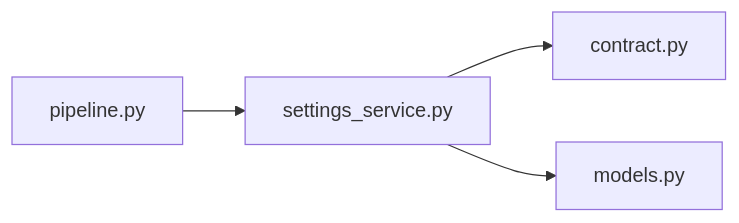
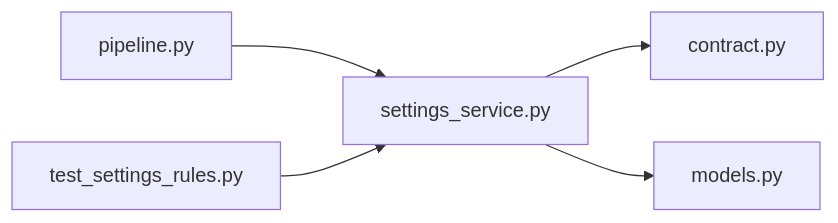
The diagram in .cluedoc/graph/backend/src/backend/services/settings/settings_service.md (minkong-dev/Banblit), drawn with Mermaid before and after one commit. The commit also changed other lines of this file and 33 other files, not shown here.

First line of the commit message:
backend: trim rationale from feature docstrings, fix stale comments and add service rule tests

````diff
--- a/.cluedoc/graph/backend/src/backend/services/settings/settings_service.md
+++ b/.cluedoc/graph/backend/src/backend/services/settings/settings_service.md
@@ -10,7 +10,8 @@
 ```mermaid
 flowchart LR
   backend_src_backend_services_settings_settings_service["settings_service.py"]
   backend_src_backend_services_settings_settings_service --> backend_src_backend_contract["contract.py"]
   backend_src_backend_services_settings_settings_service --> backend_src_backend_db_models["models.py"]
   backend_src_backend_services_settings_pipeline["pipeline.py"] --> backend_src_backend_services_settings_settings_service
+  backend_tests_unit_test_settings_rules["test_settings_rules.py"] --> backend_src_backend_services_settings_settings_service
 ```
````
